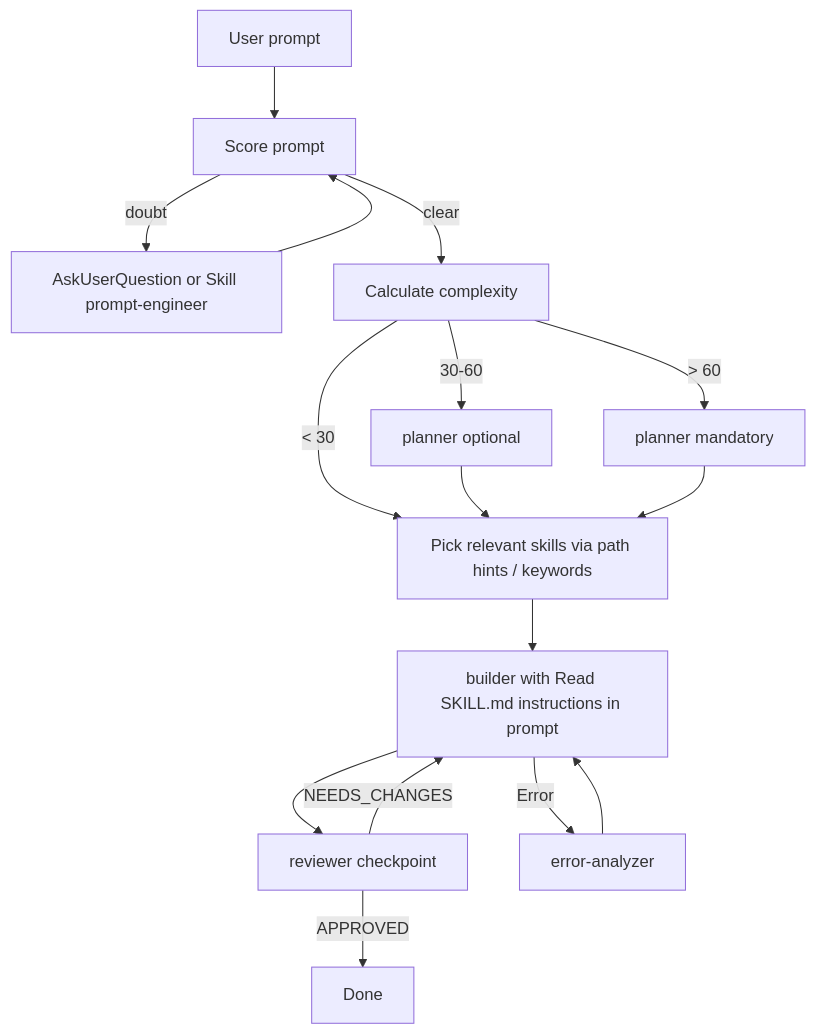
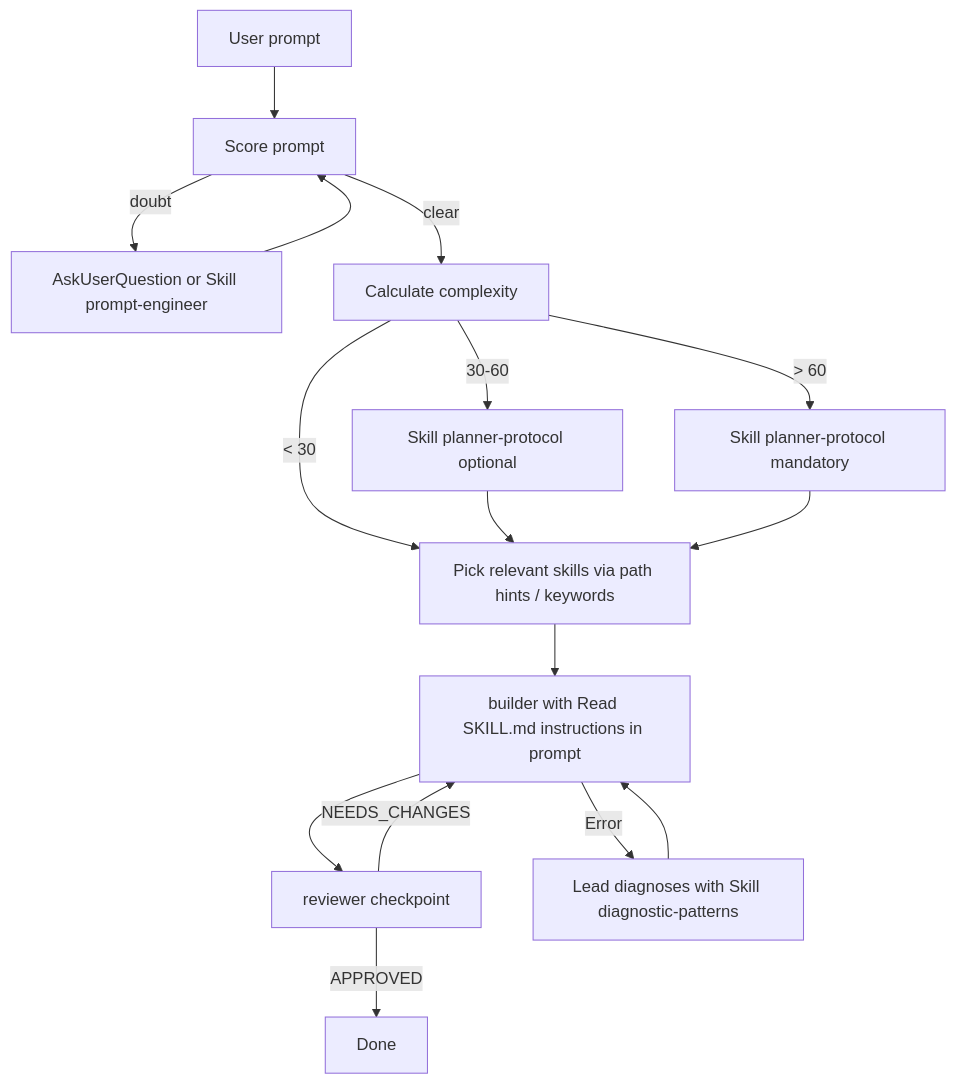
Before and after one commit to MaciWP/claude-code-poneglyph: the diagram in CLAUDE.md, drawn with Mermaid. The commit also changed other lines of this file, not shown here.

First line of the commit message:
docs(claude.md): update inventory + flow after agent cuts (5 -> 3)

````diff
--- a/CLAUDE.md
+++ b/CLAUDE.md
@@ -138,17 +138,17 @@
 ```mermaid
 graph TD
     U[User prompt] --> S[Score prompt]
     S -->|doubt| AQ[AskUserQuestion or Skill prompt-engineer]
     AQ --> S
     S -->|clear| C[Calculate complexity]
     C -->|< 30| SK[Pick relevant skills via path hints / keywords]
-    C -->|30-60| P1[planner optional]
-    C -->|> 60| P2[planner mandatory]
+    C -->|30-60| P1[Skill planner-protocol optional]
+    C -->|> 60| P2[Skill planner-protocol mandatory]
     P1 & P2 --> SK
     SK --> B[builder with Read SKILL.md instructions in prompt]
     B --> R[reviewer checkpoint]
     R -->|APPROVED| D[Done]
     R -->|NEEDS_CHANGES| B
-    B -->|Error| EA[error-analyzer]
-    EA --> B
+    B -->|Error| DG[Lead diagnoses with Skill diagnostic-patterns]
+    DG --> B
 ```
````
